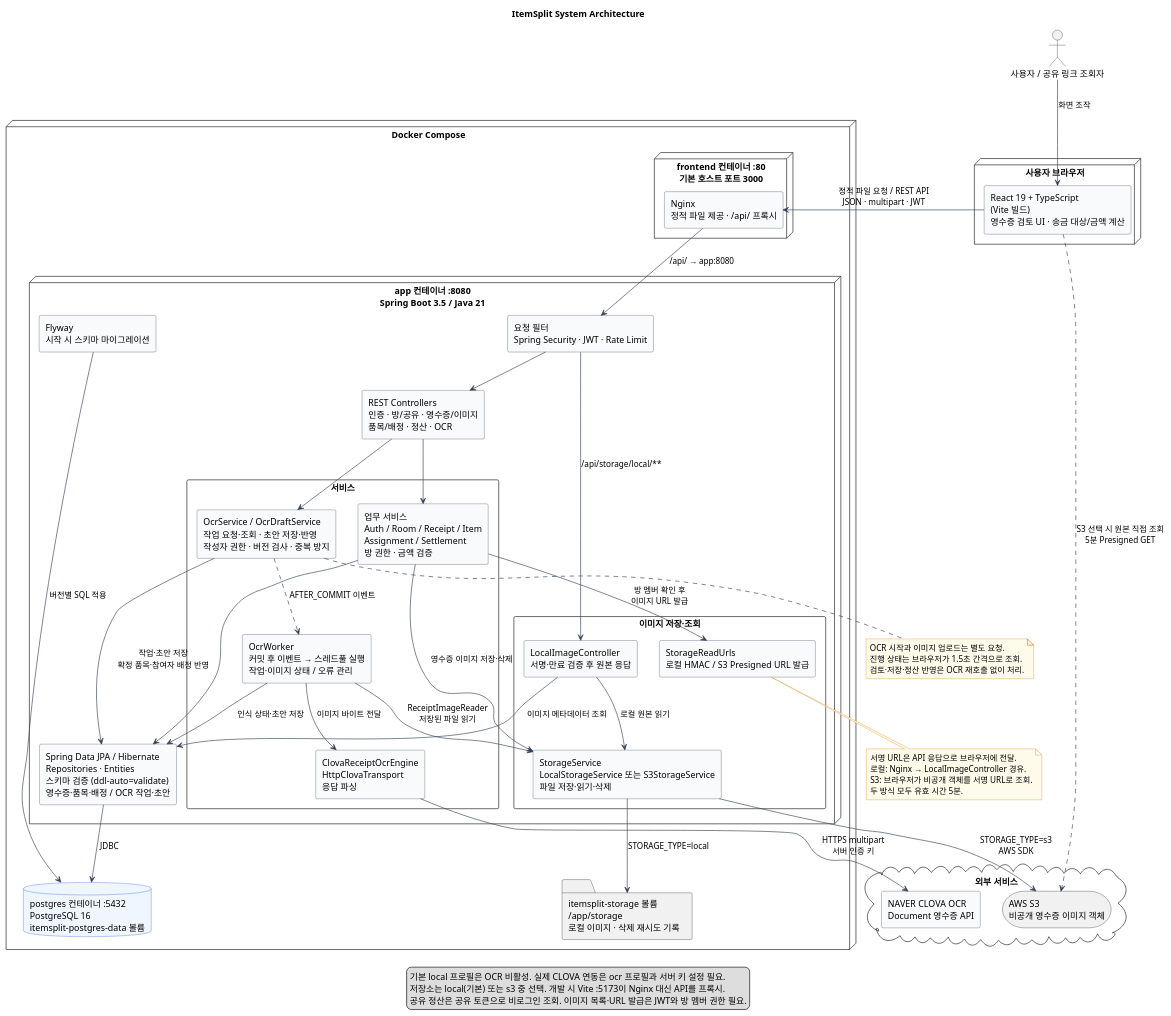
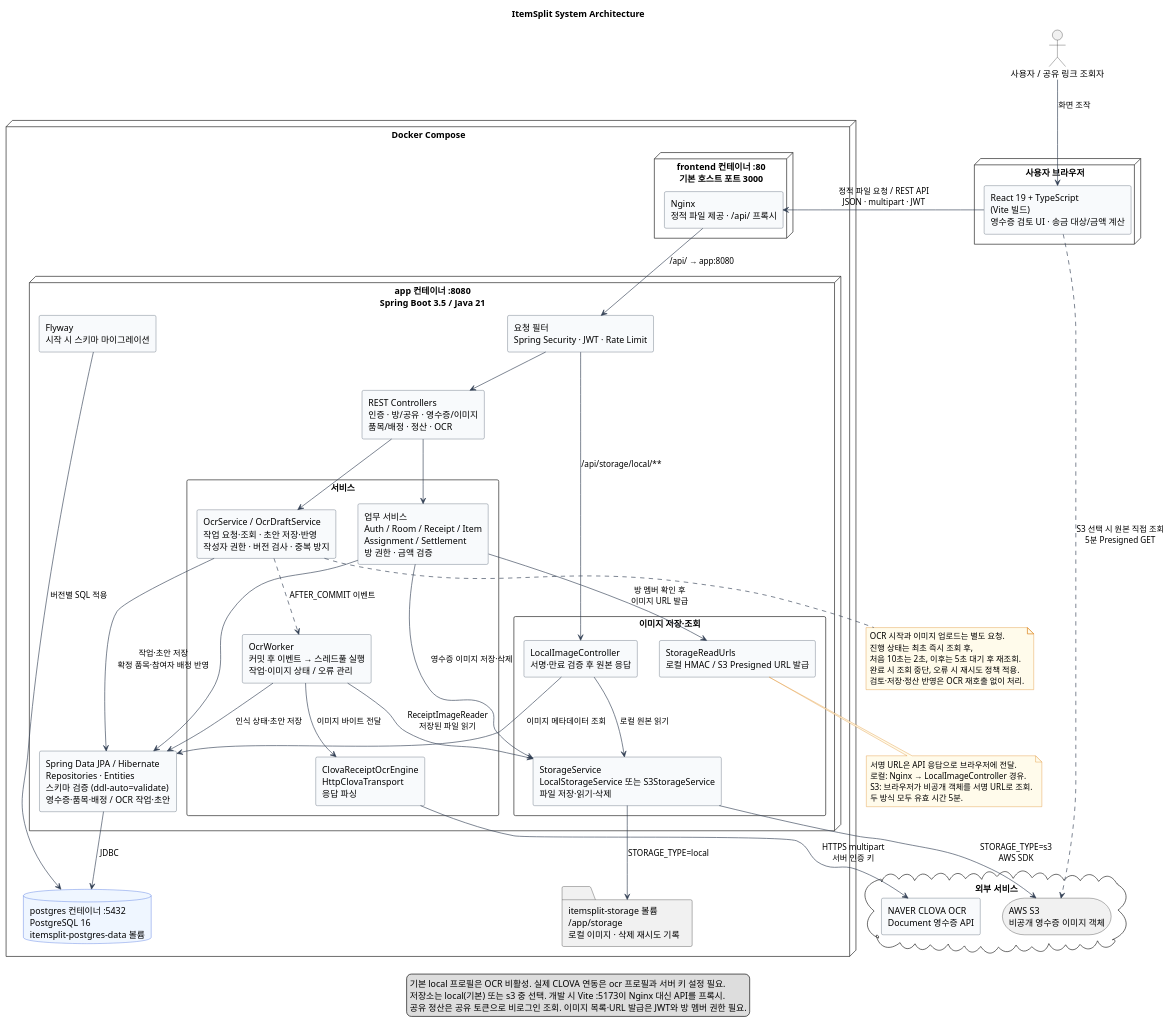
Before and after one commit to Konkuk-Univ-Capstone-Project/ItemSplit: the diagram in docs/system-architecture.puml, drawn with PlantUML.

Commit message:
docs: 아키텍처 다이어그램의 OCR 상태 조회 주기 수정

```diff
--- a/docs/system-architecture.puml
+++ b/docs/system-architecture.puml
@@ -1,108 +1,110 @@
 @startuml ItemSplitSystemArchitecture
 top to bottom direction
 title ItemSplit System Architecture
 
 skinparam shadowing false
 skinparam componentStyle rectangle
 skinparam packageStyle rectangle
 skinparam ArrowColor #334155
 skinparam component {
   BackgroundColor #F8FAFC
   BorderColor #334155
 }
 skinparam database {
   BackgroundColor #EFF6FF
   BorderColor #1D4ED8
 }
 skinparam note {
   BackgroundColor #FFFBEB
   BorderColor #D97706
 }
 
 actor "사용자 / 공유 링크 조회자" as User
 
 node "사용자 브라우저" as Browser {
   component "React 19 + TypeScript\n(Vite 빌드)\n영수증 검토 UI · 송금 대상/금액 계산" as Frontend
 }
 
 node "Docker Compose" as Compose {
   node "frontend 컨테이너 :80\n기본 호스트 포트 3000" {
     component "Nginx\n정적 파일 제공 · /api/ 프록시" as Nginx
   }
 
   node "app 컨테이너 :8080\nSpring Boot 3.5 / Java 21" as Backend {
     component "요청 필터\nSpring Security · JWT · Rate Limit" as Security
     component "REST Controllers\n인증 · 방/공유 · 영수증/이미지\n품목/배정 · 정산 · OCR" as Controllers
 
     package "서비스" {
       component "업무 서비스\nAuth / Room / Receipt / Item\nAssignment / Settlement\n방 권한 · 금액 검증" as Core
       component "OcrService / OcrDraftService\n작업 요청·조회 · 초안 저장·반영\n작성자 권한 · 버전 검사 · 중복 방지" as Ocr
       component "OcrWorker\n커밋 후 이벤트 → 스레드풀 실행\n작업·이미지 상태 / 오류 관리" as Worker
       component "ClovaReceiptOcrEngine\nHttpClovaTransport\n응답 파싱" as Engine
     }
 
     package "이미지 저장·조회" {
       component "StorageService\nLocalStorageService 또는 S3StorageService\n파일 저장·읽기·삭제" as Storage
       component "StorageReadUrls\n로컬 HMAC / S3 Presigned URL 발급" as ReadUrls
       component "LocalImageController\n서명·만료 검증 후 원본 응답" as LocalImage
     }
 
     component "Spring Data JPA / Hibernate\nRepositories · Entities\n스키마 검증 (ddl-auto=validate)\n영수증·품목·배정 / OCR 작업·초안" as Persistence
     component "Flyway\n시작 시 스키마 마이그레이션" as Flyway
   }
 
   database "postgres 컨테이너 :5432\nPostgreSQL 16\nitemsplit-postgres-data 볼륨" as PostgreSQL
   folder "itemsplit-storage 볼륨\n/app/storage\n로컬 이미지 · 삭제 재시도 기록" as LocalStorage
 }
 
 cloud "외부 서비스" {
   component "NAVER CLOVA OCR\nDocument 영수증 API" as Clova
   storage "AWS S3\n비공개 영수증 이미지 객체" as S3
 }
 
 User --> Frontend : 화면 조작
 Frontend -left-> Nginx : 정적 파일 요청 / REST API\nJSON · multipart · JWT
 Nginx --> Security : /api/ → app:8080
 Security --> Controllers
 Security --> LocalImage : /api/storage/local/**
 Controllers --> Core
 Controllers --> Ocr
 
 Core --> Persistence
 Core --> Storage : 영수증 이미지 저장·삭제
 Core --> ReadUrls : 방 멤버 확인 후\n이미지 URL 발급
 Ocr --> Persistence : 작업·초안 저장\n확정 품목·참여자 배정 반영
 Ocr ..> Worker : AFTER_COMMIT 이벤트
 Worker --> Persistence : 인식 상태·초안 저장
 Worker --> Storage : ReceiptImageReader\n저장된 파일 읽기
 Worker --> Engine : 이미지 바이트 전달
 Engine --> Clova : HTTPS multipart\n서버 인증 키
 
 Persistence --> PostgreSQL : JDBC
 Flyway --> PostgreSQL : 버전별 SQL 적용
 Storage --> LocalStorage : STORAGE_TYPE=local
 Storage --> S3 : STORAGE_TYPE=s3\nAWS SDK
 LocalImage --> Storage : 로컬 원본 읽기
 LocalImage --> Persistence : 이미지 메타데이터 조회
 Frontend ..> S3 : S3 선택 시 원본 직접 조회\n5분 Presigned GET
 
 note bottom of ReadUrls
   서명 URL은 API 응답으로 브라우저에 전달.
   로컬: Nginx → LocalImageController 경유.
   S3: 브라우저가 비공개 객체를 서명 URL로 조회.
   두 방식 모두 유효 시간 5분.
 end note
 
 note bottom of Ocr
   OCR 시작과 이미지 업로드는 별도 요청.
-  진행 상태는 브라우저가 1.5초 간격으로 조회.
+  진행 상태는 최초 즉시 조회 후,
+  처음 10초는 2초, 이후는 5초 대기 후 재조회.
+  완료 시 조회 중단, 오류 시 재시도 정책 적용.
   검토·저장·정산 반영은 OCR 재호출 없이 처리.
 end note
 
 legend bottom
   기본 local 프로필은 OCR 비활성. 실제 CLOVA 연동은 ocr 프로필과 서버 키 설정 필요.
   저장소는 local(기본) 또는 s3 중 선택. 개발 시 Vite :5173이 Nginx 대신 API를 프록시.
   공유 정산은 공유 토큰으로 비로그인 조회. 이미지 목록·URL 발급은 JWT와 방 멤버 권한 필요.
 endlegend
 
 @enduml
```
